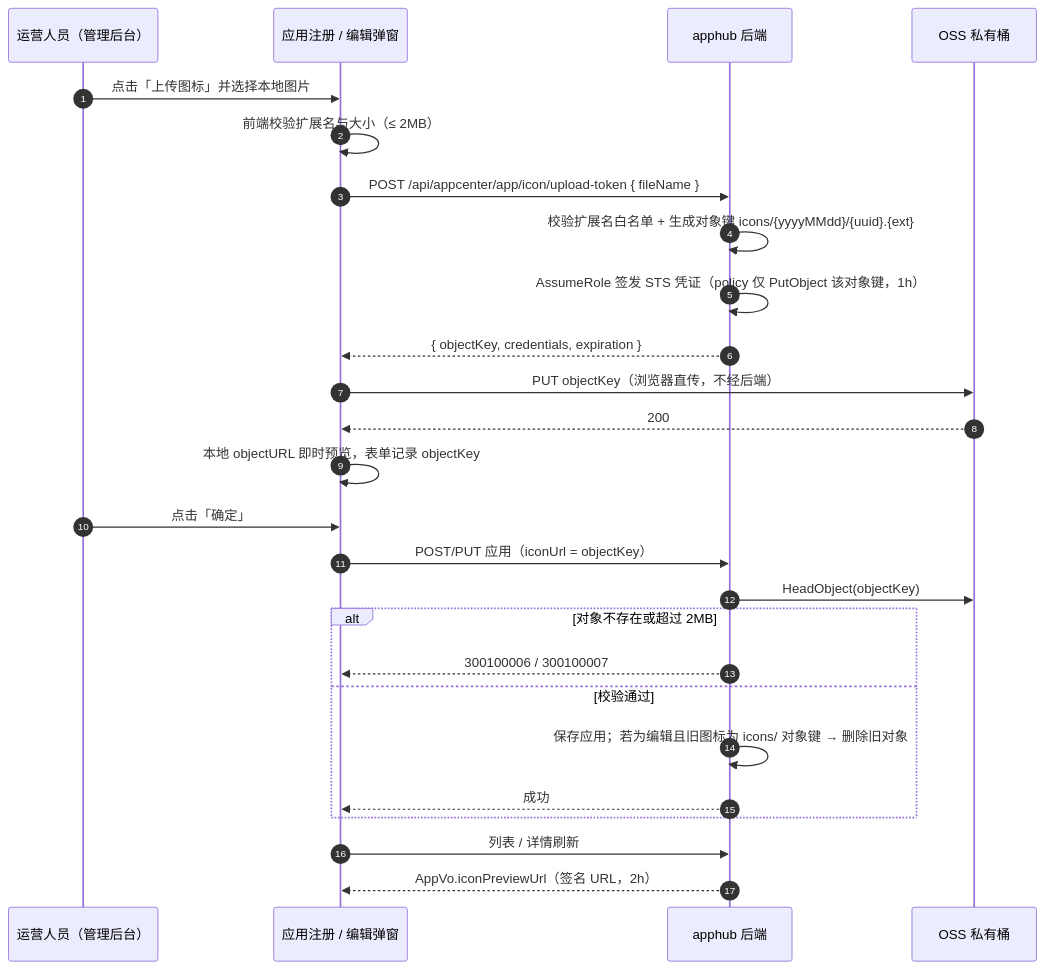
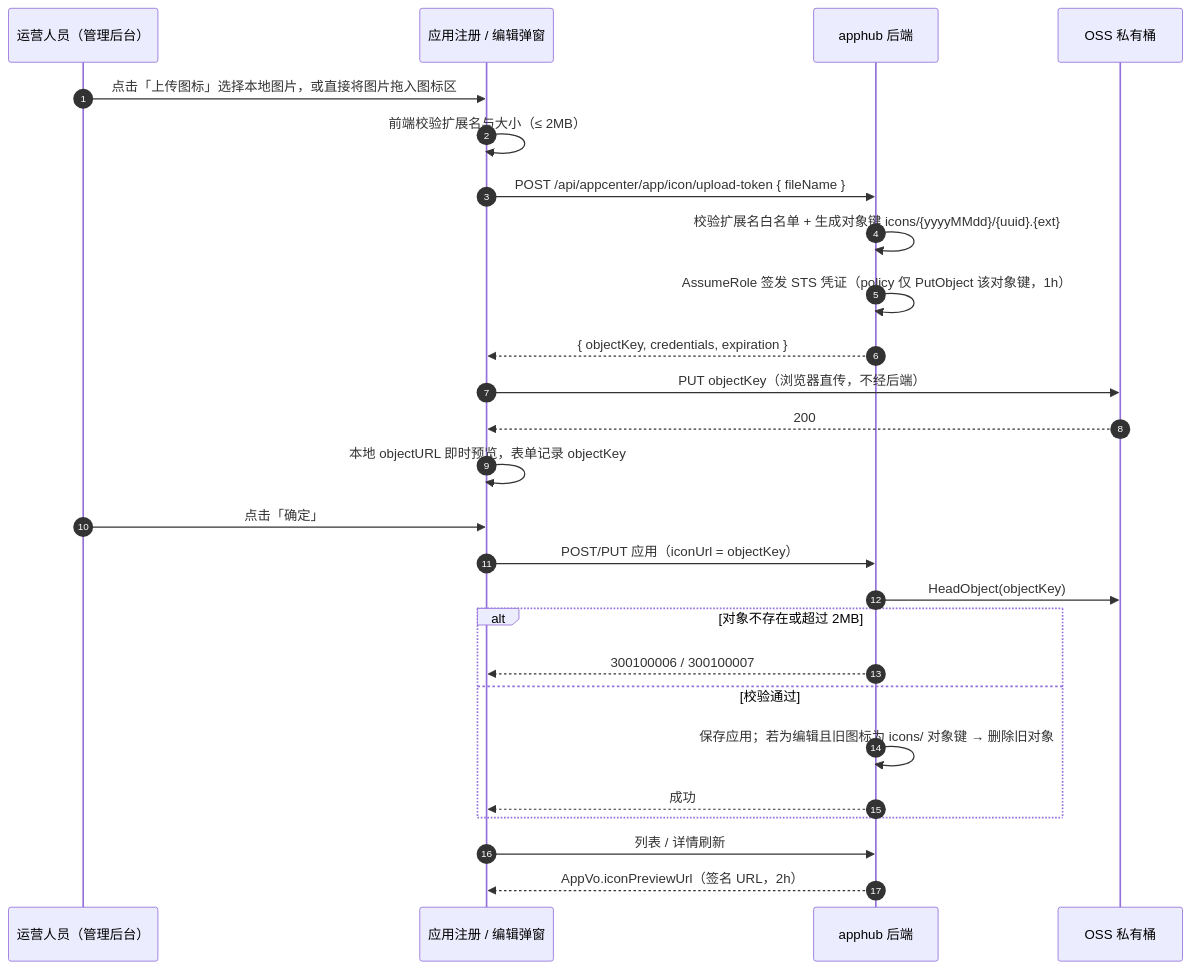
Before and after one commit to Harley-xk/apphub: the diagram in docs/应用管理平台/应用图标上传设计.md, drawn with Mermaid. The commit also changed other lines of this file and 7 other files, not shown here.

First line of the commit message:
【优化】web - 登录页去底座文案、图标拖拽上传、技术框架 logo 展示

````diff
--- a/docs/应用管理平台/应用图标上传设计.md
+++ b/docs/应用管理平台/应用图标上传设计.md
@@ -113,29 +113,29 @@
 ```mermaid
 sequenceDiagram
     autonumber
     participant U as 运营人员（管理后台）
     participant W as 应用注册 / 编辑弹窗
     participant S as apphub 后端
     participant OSS as OSS 私有桶
 
-    U->>W: 点击「上传图标」并选择本地图片
+    U->>W: 点击「上传图标」选择本地图片，或直接将图片拖入图标区
     W->>W: 前端校验扩展名与大小（≤ 2MB）
     W->>S: POST /api/appcenter/app/icon/upload-token { fileName }
     S->>S: 校验扩展名白名单 + 生成对象键 icons/{yyyyMMdd}/{uuid}.{ext}
     S->>S: AssumeRole 签发 STS 凭证（policy 仅 PutObject 该对象键，1h）
     S-->>W: { objectKey, credentials, expiration }
     W->>OSS: PUT objectKey（浏览器直传，不经后端）
     OSS-->>W: 200
     W->>W: 本地 objectURL 即时预览，表单记录 objectKey
     U->>W: 点击「确定」
     W->>S: POST/PUT 应用（iconUrl = objectKey）
     S->>OSS: HeadObject(objectKey)
     alt 对象不存在或超过 2MB
         S-->>W: 300100006 / 300100007
     else 校验通过
         S->>S: 保存应用；若为编辑且旧图标为 icons/ 对象键 → 删除旧对象
         S-->>W: 成功
     end
     W->>S: 列表 / 详情刷新
     S-->>W: AppVo.iconPreviewUrl（签名 URL，2h）
 ```
````
